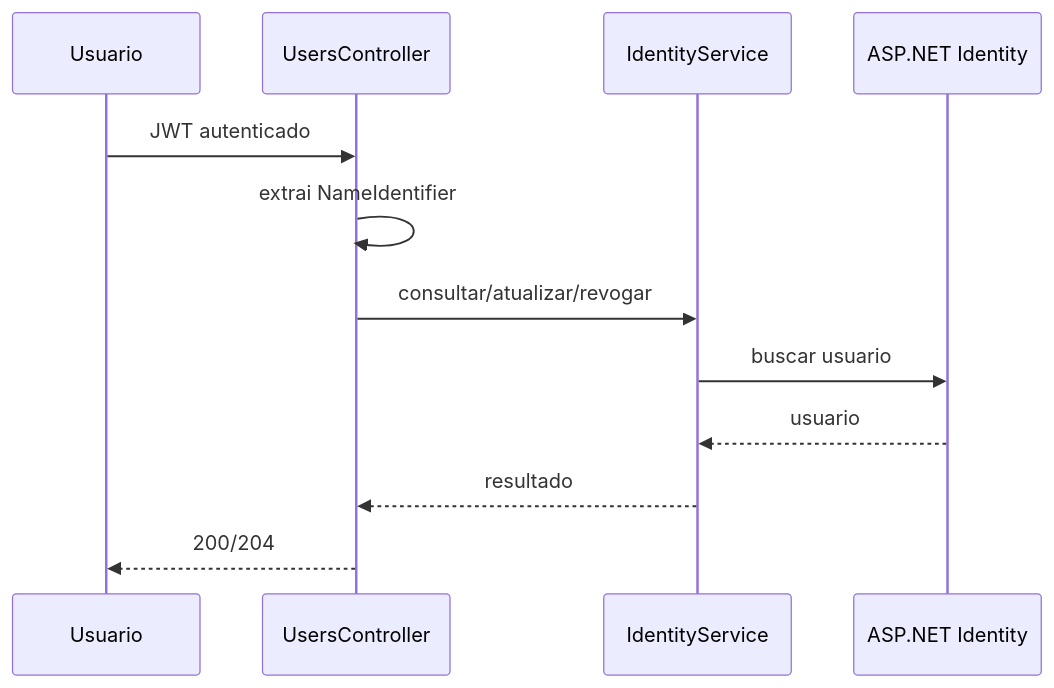
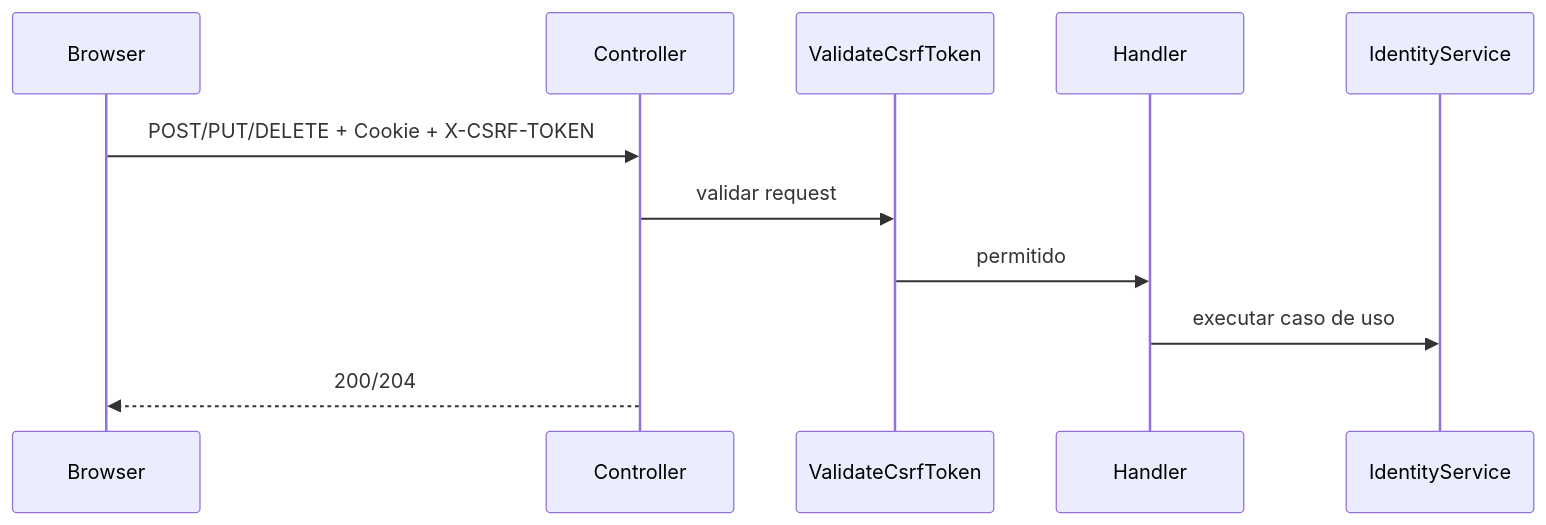
The fourth of 5 diagrams in backend/README.flows.v2.md (borrago/CashControl), drawn with Mermaid before and after one commit. The commit also changed other lines of this file and 65 other files, not shown here.

Commit message:
Refactor web auth to cookie session flow

````diff
--- a/backend/README.flows.v2.md
+++ b/backend/README.flows.v2.md
@@ -261,15 +81,14 @@
 ```mermaid
 sequenceDiagram
-    participant U as Usuario
-    participant API as UsersController
-    participant S as IdentityService
-    participant I as ASP.NET Identity
+    participant Browser
+    participant Controller
+    participant CsrfFilter as ValidateCsrfToken
+    participant Handler
+    participant IdentityService
 
-    U->>API: JWT autenticado
-    API->>API: extrai NameIdentifier
-    API->>S: consultar/atualizar/revogar
-    S->>I: buscar usuario
-    I-->>S: usuario
-    S-->>API: resultado
-    API-->>U: 200/204
+    Browser->>Controller: POST/PUT/DELETE + Cookie + X-CSRF-TOKEN
+    Controller->>CsrfFilter: validar request
+    CsrfFilter->>Handler: permitido
+    Handler->>IdentityService: executar caso de uso
+    Controller-->>Browser: 200/204
 ```
````
